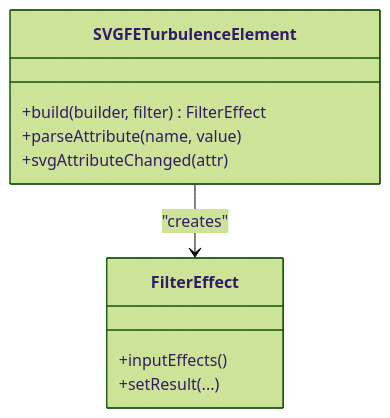
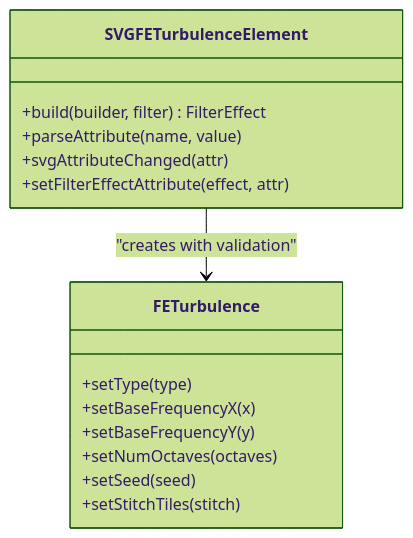
Before and after one commit to denisnadey/flutter_full_svg_support: the fourth of 8 diagrams in .qoder/repowiki/en/content/Animated SVG Support/Advanced Animation Features/SVG Filters and Effects/Built-in Filter Primitives.md, drawn with Mermaid (forest theme). The commit also changed other lines of this file and 19 other files, not shown here.

````diff
--- a/.qoder/repowiki/en/content/Animated SVG Support/Advanced Animation Features/SVG Filters and Effects/Built-in Filter Primitives.md
+++ b/.qoder/repowiki/en/content/Animated SVG Support/Advanced Animation Features/SVG Filters and Effects/Built-in Filter Primitives.md
@@ -180,13 +190,18 @@
 ```mermaid
 classDiagram
 class SVGFETurbulenceElement {
 +build(builder, filter) FilterEffect
 +parseAttribute(name, value)
 +svgAttributeChanged(attr)
++setFilterEffectAttribute(effect, attr)
 }
-class FilterEffect {
-+inputEffects()
-+setResult(...)
+class FETurbulence {
++setType(type)
++setBaseFrequencyX(x)
++setBaseFrequencyY(y)
++setNumOctaves(octaves)
++setSeed(seed)
++setStitchTiles(stitch)
 }
-SVGFETurbulenceElement --> FilterEffect : "creates"
+SVGFETurbulenceElement --> FETurbulence : "creates with validation"
 ```
````
